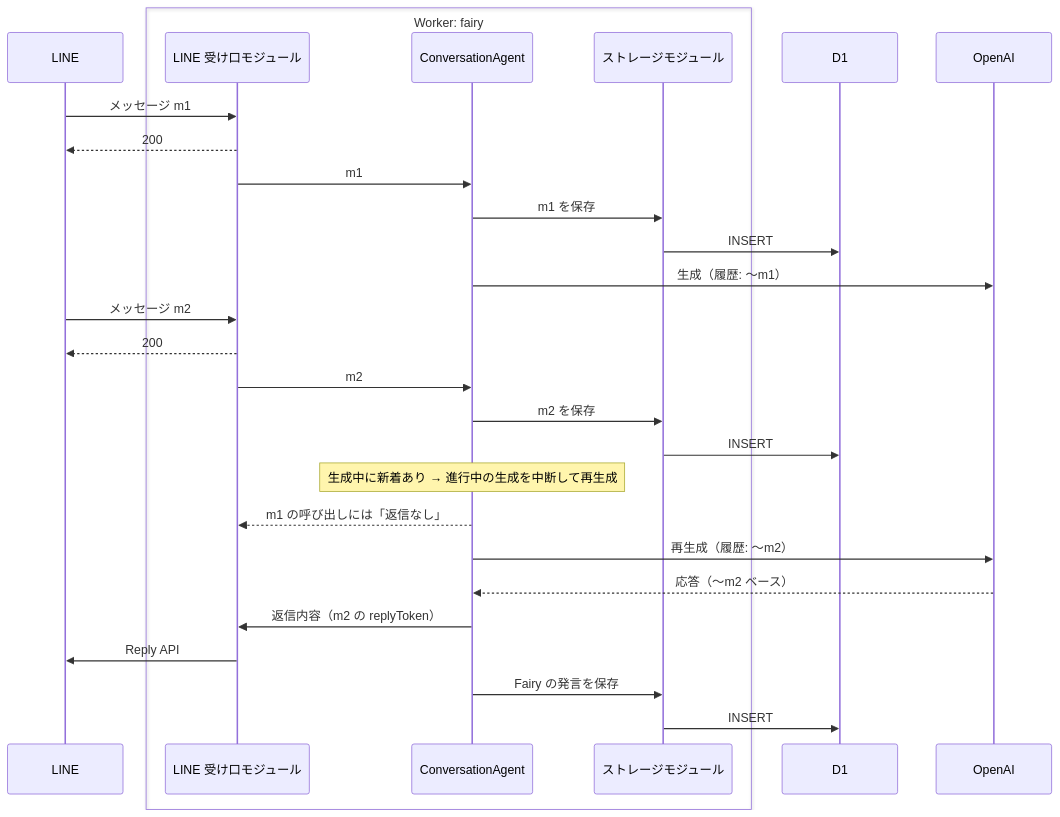
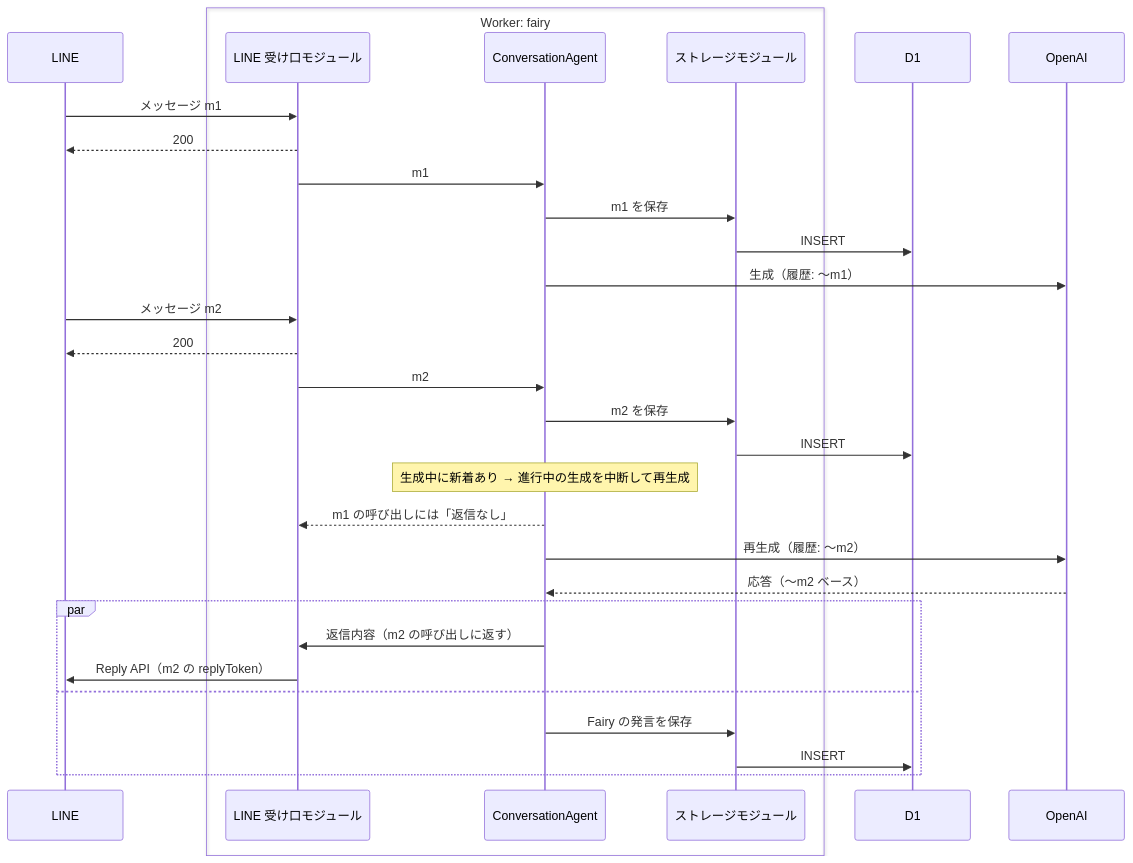
One commit to TatsuyaYamamoto/sicaco-quarter-third-street changed the second of 2 diagrams in docs/phases/phase-1.md. Above: the diagram before and after it, drawn with Mermaid. The commit also changed other lines of this file and 3 other files, not shown here.

````diff
--- a/docs/phases/phase-1.md
+++ b/docs/phases/phase-1.md
@@ -103,31 +128,34 @@
 ```mermaid
 sequenceDiagram
     participant L as LINE
     box Worker: fairy
         participant LM as LINE 受け口モジュール
         participant A as ConversationAgent
         participant S as ストレージモジュール
     end
     participant D as D1
     participant O as OpenAI
 
     L->>LM: メッセージ m1
     LM-->>L: 200
     LM->>A: m1
     A->>S: m1 を保存
     S->>D: INSERT
     A->>O: 生成（履歴: 〜m1）
     L->>LM: メッセージ m2
     LM-->>L: 200
     LM->>A: m2
     A->>S: m2 を保存
     S->>D: INSERT
     Note over A: 生成中に新着あり → 進行中の生成を中断して再生成
     A-->>LM: m1 の呼び出しには「返信なし」
     A->>O: 再生成（履歴: 〜m2）
     O-->>A: 応答（〜m2 ベース）
-    A->>LM: 返信内容（m2 の replyToken）
-    LM->>L: Reply API
-    A->>S: Fairy の発言を保存
-    S->>D: INSERT
+    par
+        A->>LM: 返信内容（m2 の呼び出しに返す）
+        LM->>L: Reply API（m2 の replyToken）
+    and
+        A->>S: Fairy の発言を保存
+        S->>D: INSERT
+    end
 ```
````
